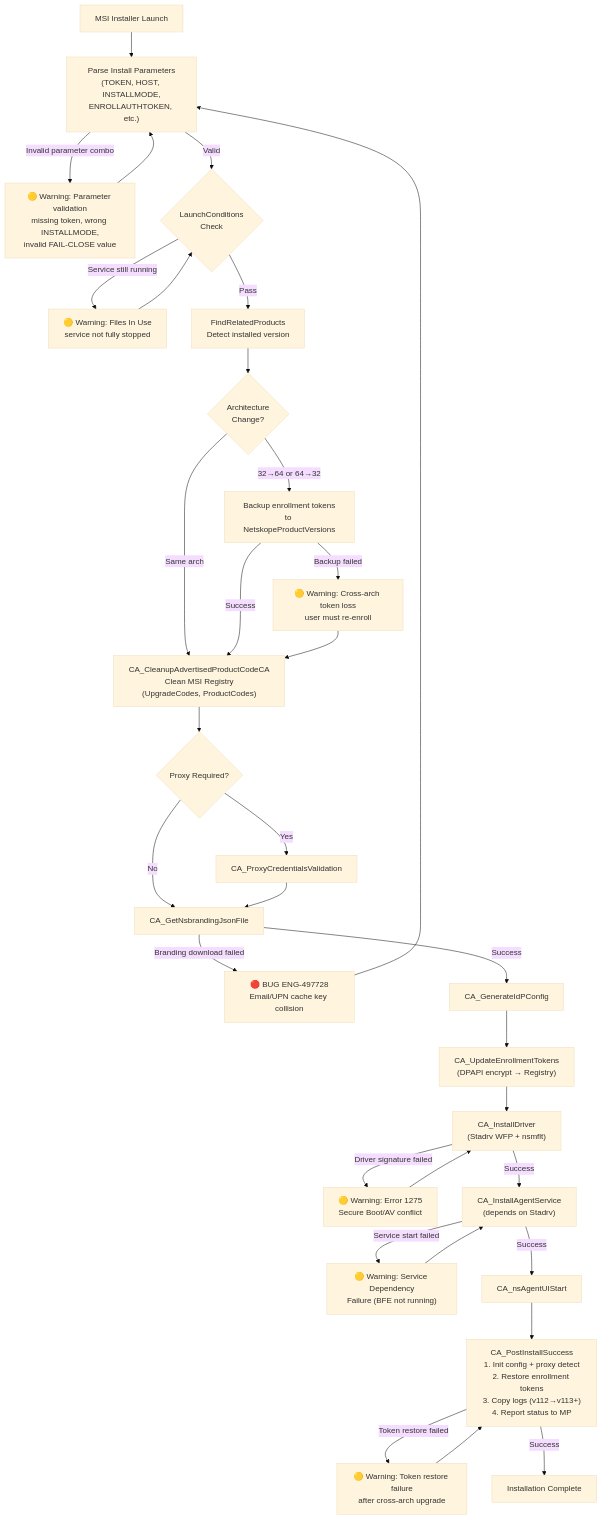
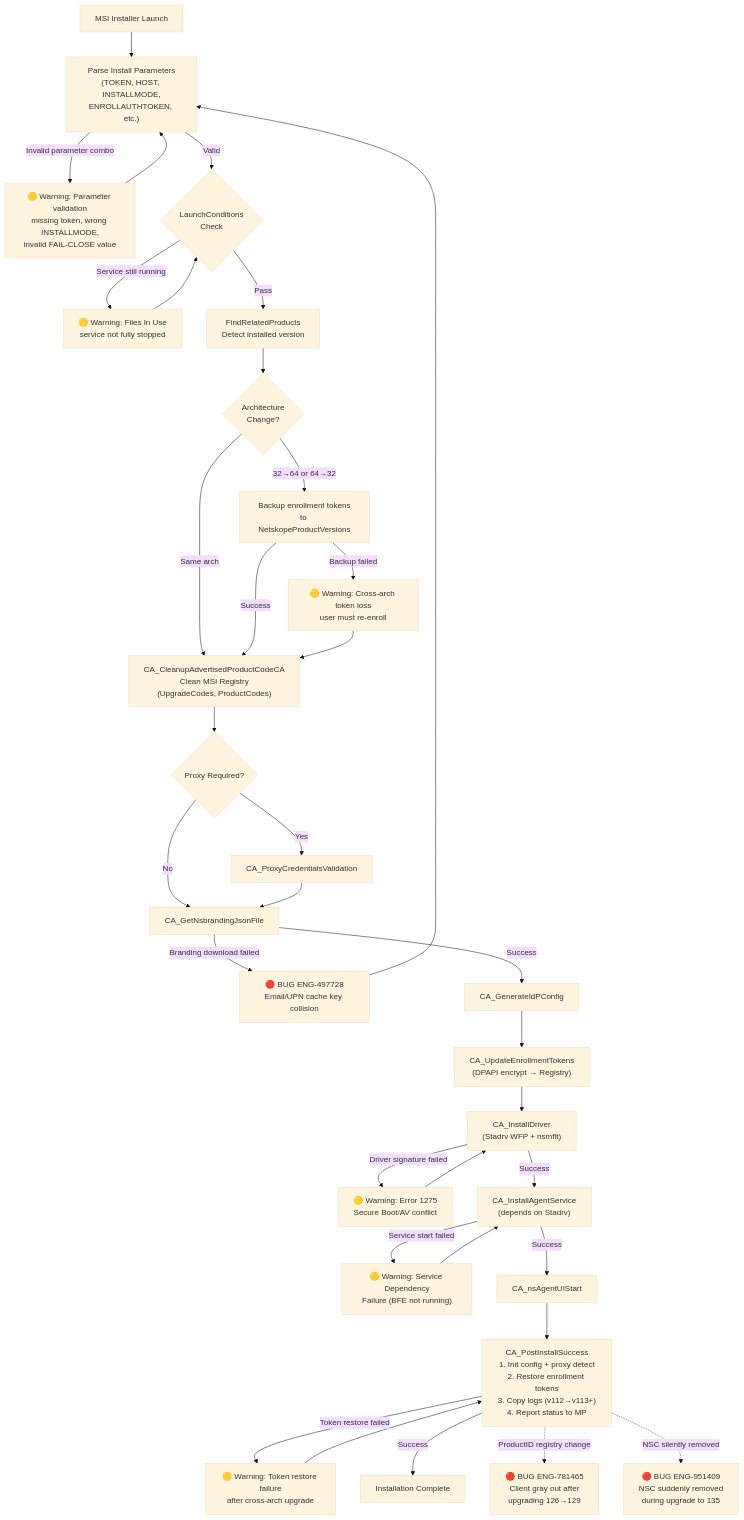
The second of 15 diagrams in chapters/01_installation.md (ns-klin/endpoint_system_test_plan), drawn with Mermaid (base theme) before and after one commit. The commit also changed other lines of this file and 26 other files, not shown here.

First line of the commit message:
Add 87 bugs from Excel enrichment and integrate into mermaid diagrams

````diff
--- a/chapters/01_installation.md
+++ b/chapters/01_installation.md
@@ -124,37 +126,39 @@
 ```mermaid
 flowchart TD
     START[MSI Installer Launch] --> PARSE["Parse Install Parameters<br/>(TOKEN, HOST, INSTALLMODE,<br/>ENROLLAUTHTOKEN, etc.)"]
     PARSE -->|Invalid parameter combo| RISK_PARAM["🟡 Warning: Parameter validation<br/>missing token, wrong INSTALLMODE,<br/>invalid FAIL-CLOSE value"]
     PARSE -->|Valid| LAUNCH{LaunchConditions<br/>Check}
     LAUNCH -->|Service still running| RISK_LAUNCH["🟡 Warning: Files In Use<br/>service not fully stopped"]
     LAUNCH -->|Pass| FIND[FindRelatedProducts<br/>Detect installed version]
     FIND --> ARCH{Architecture<br/>Change?}
     ARCH -->|32→64 or 64→32| BACKUP_TOKEN["Backup enrollment tokens<br/>to NetskopeProductVersions"]
     ARCH -->|Same arch| CLEANUP
     BACKUP_TOKEN -->|Backup failed| RISK_ARCH["🟡 Warning: Cross-arch token loss<br/>user must re-enroll"]
     BACKUP_TOKEN -->|Success| CLEANUP
     CLEANUP["CA_CleanupAdvertisedProductCodeCA<br/>Clean MSI Registry<br/>(UpgradeCodes, ProductCodes)"] --> PROXY{Proxy Required?}
     PROXY -->|Yes| PROXY_VAL[CA_ProxyCredentialsValidation]
     PROXY -->|No| BRAND[CA_GetNsbrandingJsonFile]
     PROXY_VAL --> BRAND
     BRAND -->|Branding download failed| BUG_BRAND["🔴 BUG ENG-497728<br/>Email/UPN cache key collision"]
     BRAND -->|Success| IDP[CA_GenerateIdPConfig]
     IDP --> TOKEN["CA_UpdateEnrollmentTokens<br/>(DPAPI encrypt → Registry)"]
     TOKEN --> DRIVER["CA_InstallDriver<br/>(Stadrv WFP + nsmflt)"]
     DRIVER -->|Driver signature failed| RISK_DRIVER["🟡 Warning: Error 1275<br/>Secure Boot/AV conflict"]
     DRIVER -->|Success| SERVICE["CA_InstallAgentService<br/>(depends on Stadrv)"]
     SERVICE -->|Service start failed| RISK_SVC["🟡 Warning: Service Dependency<br/>Failure (BFE not running)"]
     SERVICE -->|Success| UI[CA_nsAgentUIStart]
     UI --> POST["CA_PostInstallSuccess<br/>1. Init config + proxy detect<br/>2. Restore enrollment tokens<br/>3. Copy logs (v112→v113+)<br/>4. Report status to MP"]
     POST -->|Token restore failed| RISK_RESTORE["🟡 Warning: Token restore failure<br/>after cross-arch upgrade"]
     POST -->|Success| DONE[Installation Complete]
+    POST -.->|ProductID registry change| BUG_GRAYOUT["🔴 BUG ENG-781465<br/>Client gray out after<br/>upgrading 126→129"]
+    POST -.->|NSC silently removed| BUG_REMOVED["🔴 BUG ENG-951409<br/>NSC suddenly removed<br/>during upgrade to 135"]
 
     RISK_PARAM --> PARSE
     RISK_LAUNCH --> LAUNCH
     BUG_BRAND --> PARSE
     RISK_DRIVER --> DRIVER
     RISK_SVC --> SERVICE
     RISK_ARCH --> CLEANUP
     RISK_RESTORE --> POST
 
 ```
````
